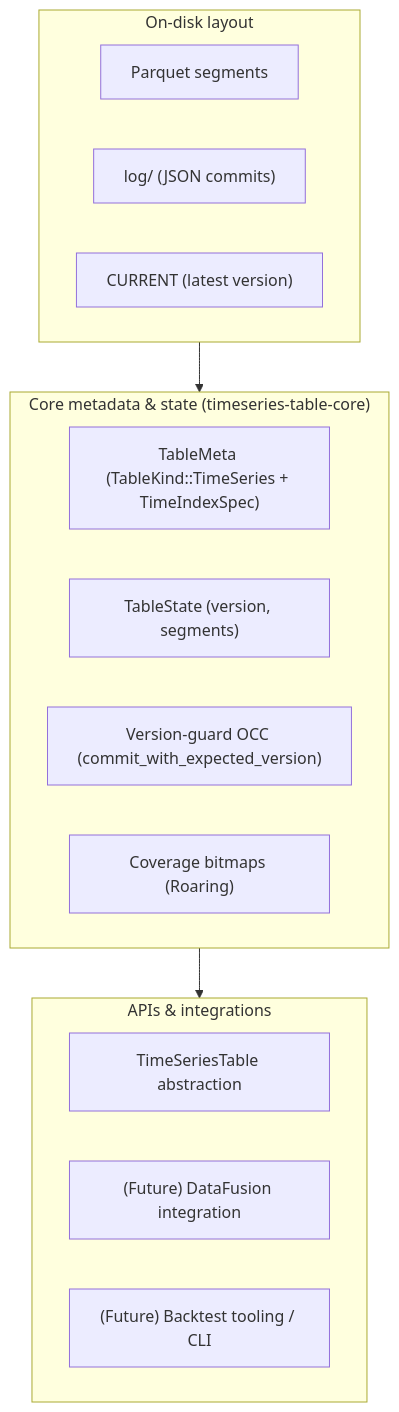
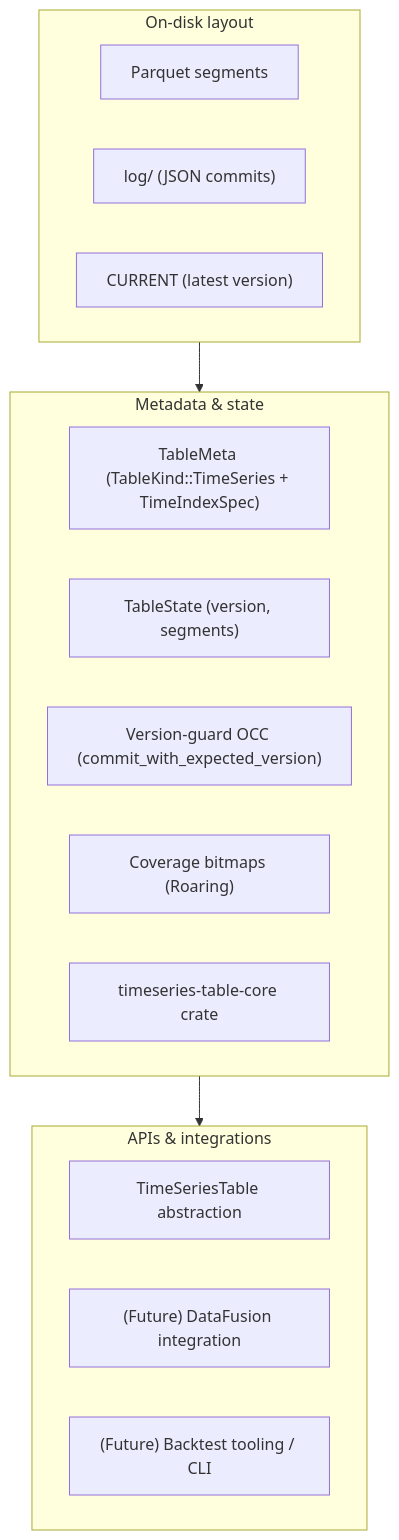
Before and after one commit to mag1cfrog/timeseries-table-format: the diagram in README.md, drawn with Mermaid.

Commit message:
Update README.md to clarify metadata and state structure in architecture diagram

````diff
--- a/README.md
+++ b/README.md
@@ -31,24 +31,25 @@
 ```mermaid
 flowchart TD
     subgraph Disk["On-disk layout"]
         SEG["Parquet segments"]
         LOG["log/ (JSON commits)"]
         CUR["CURRENT (latest version)"]
     end
 
-    subgraph Meta["Core metadata & state (timeseries-table-core)"]
+    subgraph Meta["Metadata & state"]
         TMETA["TableMeta (TableKind::TimeSeries + TimeIndexSpec)"]
         STATE["TableState (version, segments)"]
         OCC["Version-guard OCC (commit_with_expected_version)"]
         COV["Coverage bitmaps (Roaring)"]
+        CORE["timeseries-table-core crate"]
     end
 
     subgraph API["APIs & integrations"]
         TSTBL["TimeSeriesTable abstraction"]
         DF["(Future) DataFusion integration"]
         BT["(Future) Backtest tooling / CLI"]
     end
 
     Disk --> Meta
     Meta --> API
 ```
````
